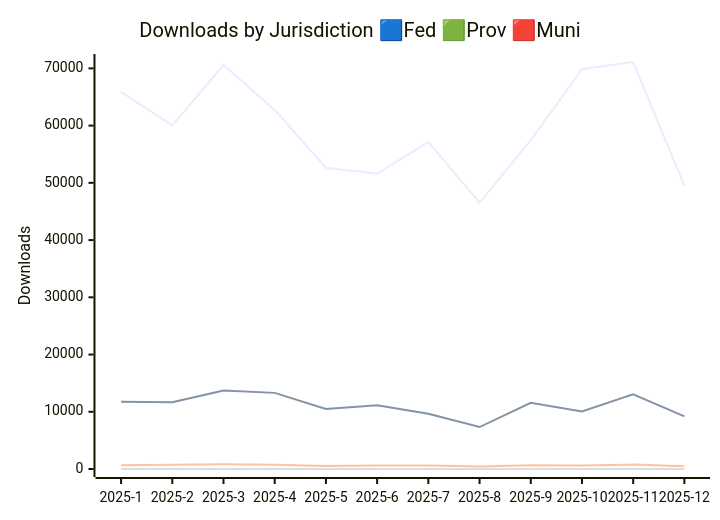
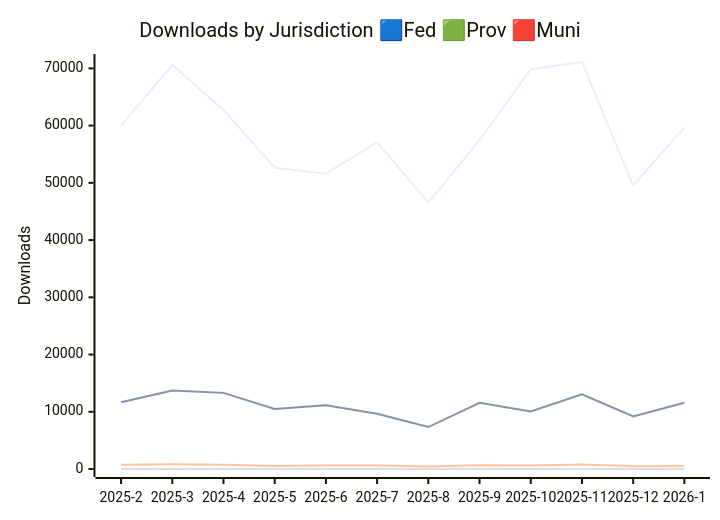
One commit to open-data/analytics-corporate-reporting changed the first of 3 diagrams in JURISDICTION_ANALYTICS_REPORT/readme.md. Above: the diagram before and after it, drawn with Mermaid. The commit also changed other lines of this file and 3 other files, not shown here.

````diff
--- a/JURISDICTION_ANALYTICS_REPORT/readme.md
+++ b/JURISDICTION_ANALYTICS_REPORT/readme.md
@@ -13,11 +13,11 @@
 ```mermaid
 
 xychart-beta
     title "Downloads by Jurisdiction 🟦Fed 🟩Prov 🟥Muni"
-    x-axis [2025-1, 2025-2, 2025-3, 2025-4, 2025-5, 2025-6, 2025-7, 2025-8, 2025-9, 2025-10, 2025-11, 2025-12]
+    x-axis [2025-2, 2025-3, 2025-4, 2025-5, 2025-6, 2025-7, 2025-8, 2025-9, 2025-10, 2025-11, 2025-12, 2026-1]
     y-axis "Downloads" 0 --> 71113
-    line [65897, 60018, 70585, 62741, 52642, 51605, 57106, 46551, 57459, 69851, 71103, 49525]
-    line [11730, 11658, 13724, 13301, 10501, 11132, 9642, 7331, 11555, 10045, 13063, 9197]
-    line [649, 739, 813, 754, 512, 600, 611, 453, 641, 602, 770, 494]
-    line [0, 0, 0, 0, 0, 0, 0, 0, 0, 3, 2, 17]
+    line [60018, 70585, 62741, 52642, 51605, 57106, 46551, 57459, 69851, 71103, 49525, 59679]
+    line [11658, 13724, 13301, 10501, 11132, 9642, 7331, 11555, 10045, 13063, 9197, 11563]
+    line [739, 813, 754, 512, 600, 611, 453, 641, 602, 770, 494, 525]
+    line [0, 0, 0, 0, 0, 0, 0, 0, 3, 2, 17, 6]
 ```
````
